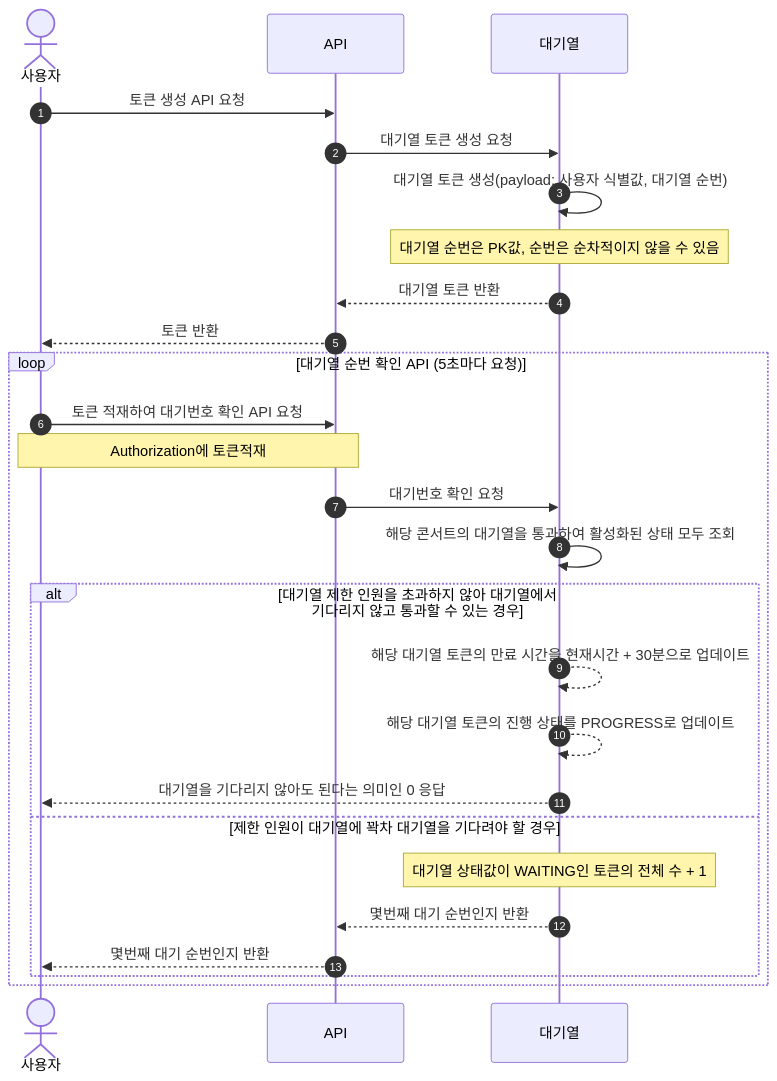
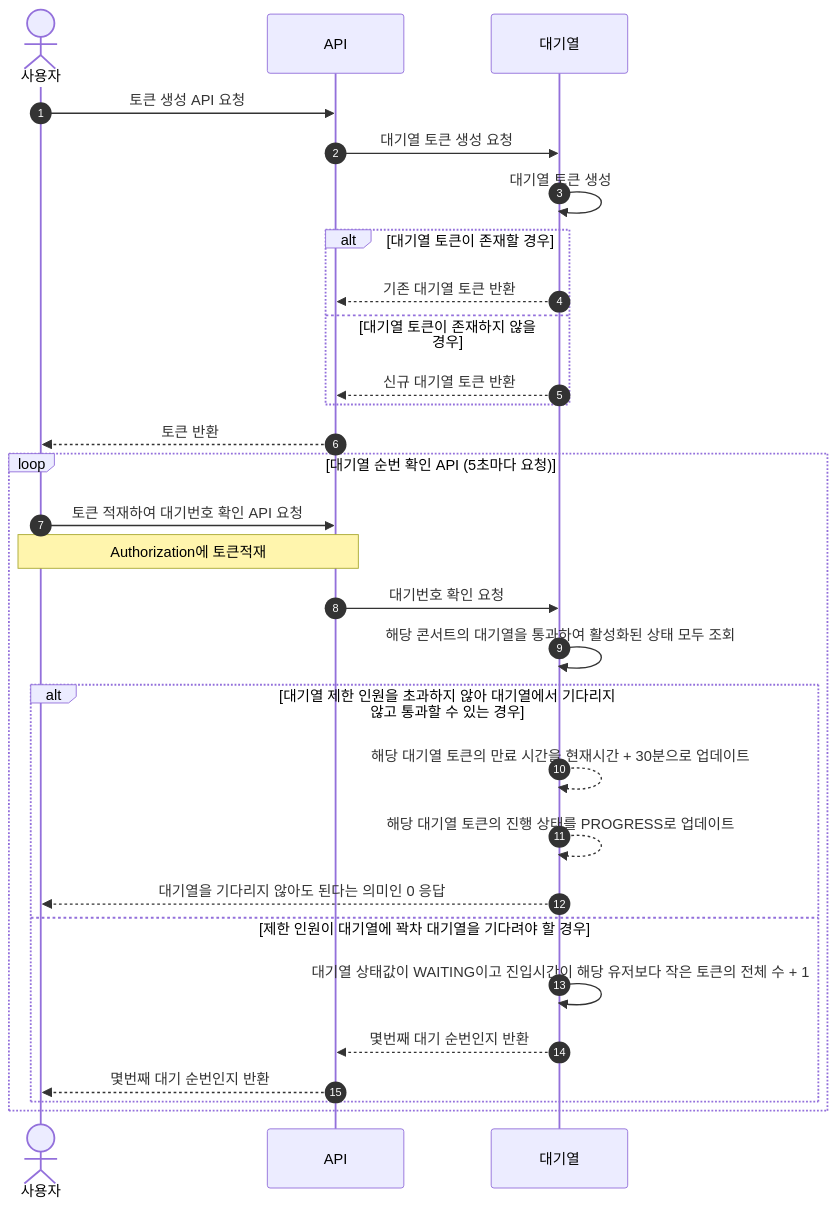
Before and after one commit to jikimee64/hhplus-concert: the first of 7 diagrams in docs/sequence.md, drawn with Mermaid. The commit also changed other lines of this file and 63 other files, not shown here.

````diff
--- a/docs/sequence.md
+++ b/docs/sequence.md
@@ -5,28 +5,31 @@
 ```mermaid
 sequenceDiagram
     autonumber
     actor 사용자 as 사용자
     participant API as API
     participant 대기열 as 대기열
     사용자 ->> API: 토큰 생성 API 요청
     API ->> 대기열: 대기열 토큰 생성 요청
-    대기열 ->> 대기열: 대기열 토큰 생성(payload: 사용자 식별값, 대기열 순번)
-    Note over 대기열, 대기열: 대기열 순번은 PK값, 순번은 순차적이지 않을 수 있음
-    대기열 -->> API: 대기열 토큰 반환
+    대기열 ->> 대기열: 대기열 토큰 생성
+    alt 대기열 토큰이 존재할 경우
+        대기열 -->> API: 기존 대기열 토큰 반환
+    else 대기열 토큰이 존재하지 않을 경우
+        대기열 -->> API: 신규 대기열 토큰 반환
+    end
     API -->> 사용자: 토큰 반환
     loop 대기열 순번 확인 API (5초마다 요청)
         사용자 ->> API: 토큰 적재하여 대기번호 확인 API 요청
         Note over 사용자, API: Authorization에 토큰적재
         API ->> 대기열: 대기번호 확인 요청
         대기열 ->> 대기열: 해당 콘서트의 대기열을 통과하여 활성화된 상태 모두 조회
         alt 대기열 제한 인원을 초과하지 않아 대기열에서 기다리지 않고 통과할 수 있는 경우
             대기열 -->> 대기열: 해당 대기열 토큰의 만료 시간을 현재시간 + 30분으로 업데이트
             대기열 -->> 대기열: 해당 대기열 토큰의 진행 상태를 PROGRESS로 업데이트
             대기열 -->> 사용자: 대기열을 기다리지 않아도 된다는 의미인 0 응답
         else 제한 인원이 대기열에 꽉차 대기열을 기다려야 할 경우
-            Note over 대기열, 대기열: 대기열 상태값이 WAITING인 토큰의 전체 수 + 1
+            대기열 ->> 대기열: 대기열 상태값이 WAITING이고 진입시간이 해당 유저보다 작은 토큰의 전체 수 + 1
             대기열 -->> API: 몇번째 대기 순번인지 반환
             API -->> 사용자: 몇번째 대기 순번인지 반환
         end
     end
 ```
````
